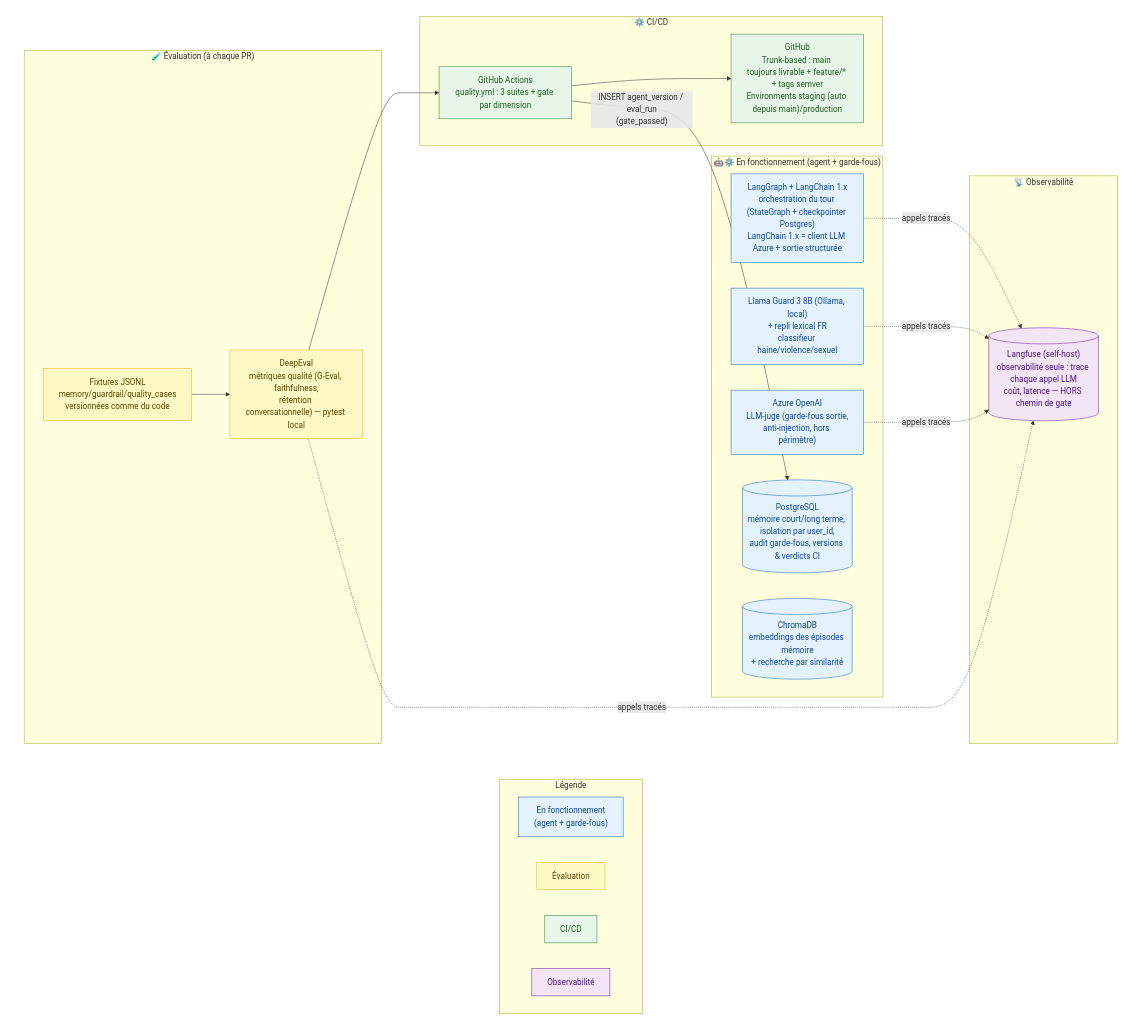
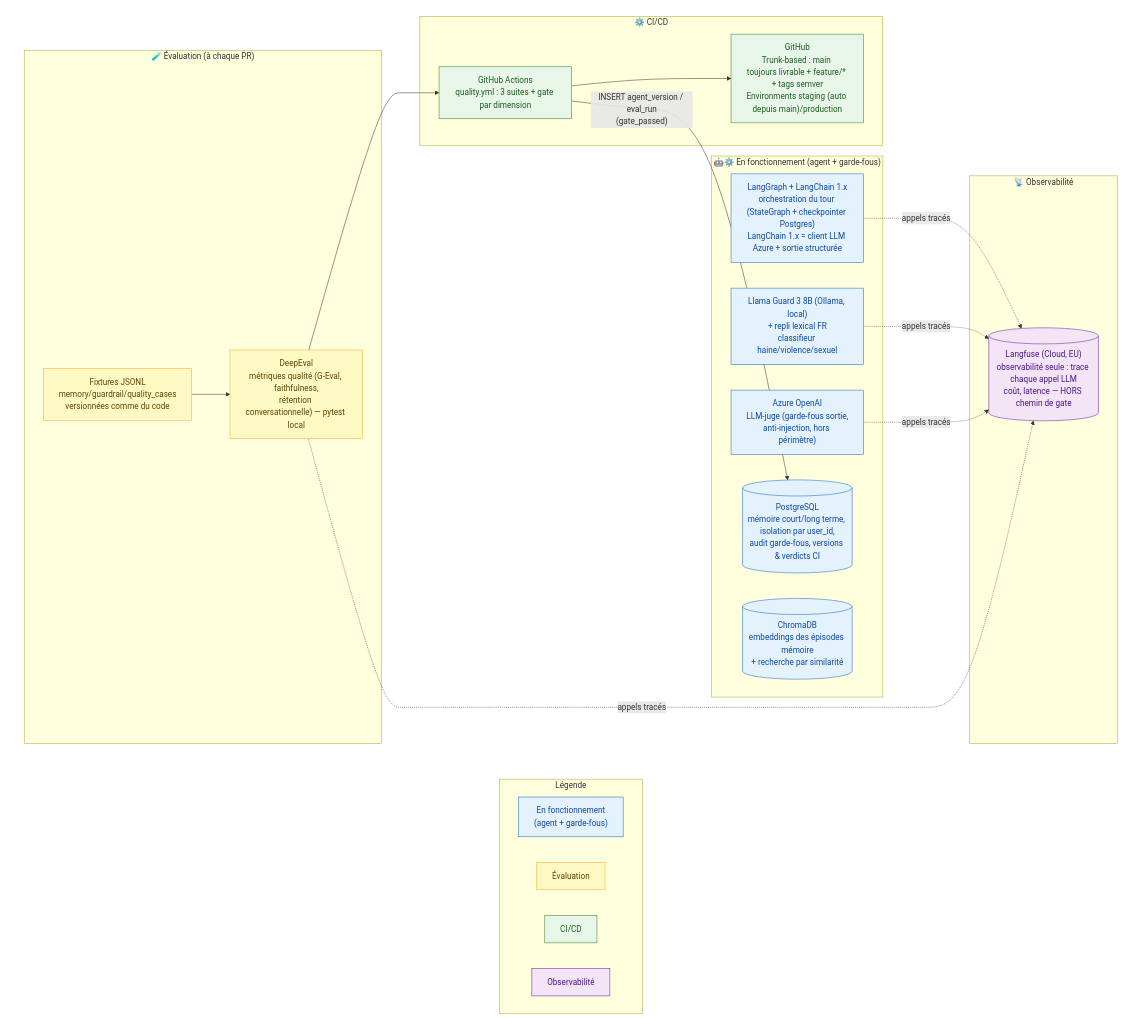
Before and after one commit to sofiane-git/velmo-v2: the diagram in docs/job/schemas/04-outils.md, drawn with Mermaid. The commit also changed other lines of this file and 1 other file, not shown here.

Commit message:
docs(chantier2): update guardrails conception and tools schema

````diff
--- a/docs/job/schemas/04-outils.md
+++ b/docs/job/schemas/04-outils.md
@@ -7,56 +7,56 @@
 ```mermaid
 flowchart TB
     subgraph MAIN[" "]
         subgraph AGENT["🤖⚙️ En fonctionnement (agent + garde-fous)"]
             LC["LangGraph + LangChain 1.x<br/>orchestration du tour (StateGraph + checkpointer Postgres)<br/>LangChain 1.x = client LLM Azure + sortie structurée"]
             PG[("PostgreSQL<br/>mémoire court/long terme, isolation par user_id,<br/>audit garde-fous, versions & verdicts CI")]
             CH[("ChromaDB<br/>embeddings des épisodes mémoire<br/>+ recherche par similarité")]
             LGM["Llama Guard 3 8B (Ollama, local)<br/>+ repli lexical FR<br/>classifieur haine/violence/sexuel"]
             AZ["Azure OpenAI<br/>LLM-juge (garde-fous sortie,<br/>anti-injection, hors périmètre)"]
         end
 
         subgraph EVAL["🧪 Évaluation (à chaque PR)"]
             JSONL["Fixtures JSONL<br/>memory/guardrail/quality_cases<br/>versionnées comme du code"]
             DE["DeepEval<br/>métriques qualité (G-Eval, faithfulness,<br/>rétention conversationnelle) — pytest local"]
         end
 
         subgraph CI["⚙️ CI/CD"]
             GHA["GitHub Actions<br/>quality.yml : 3 suites + gate par dimension"]
             GH["GitHub<br/>Trunk-based : main toujours livrable + feature/* + tags semver<br/>Environments staging (auto depuis main)/production"]
         end
 
         subgraph OBS["📡 Observabilité"]
-            LF[("Langfuse (self-host)<br/>observabilité seule : trace chaque appel LLM<br/>coût, latence — HORS chemin de gate")]
+            LF[("Langfuse (Cloud, EU)<br/>observabilité seule : trace chaque appel LLM<br/>coût, latence — HORS chemin de gate")]
         end
 
         JSONL --> DE --> GHA
         GHA --> GH
         LC -.->|"appels tracés"| LF
         LGM -.->|"appels tracés"| LF
         AZ -.->|"appels tracés"| LF
         DE -.->|"appels tracés"| LF
         GHA -->|"INSERT agent_version / eval_run<br/>(gate_passed)"| PG
     end
 
     MAIN --- LG1
 
     subgraph LEGEND["Légende"]
         direction LR
         LG1["En fonctionnement<br/>(agent + garde-fous)"]
         LG2["Évaluation"]
         LG3["CI/CD"]
         LG4["Observabilité"]
     end
 
     classDef agent fill:#e3f2fd,stroke:#1565c0,color:#0d47a1;
     classDef eval fill:#fff9c4,stroke:#f9a825,color:#5c4400;
     classDef ci fill:#e8f5e9,stroke:#2e7d32,color:#1b5e20;
     classDef obs fill:#f3e5f5,stroke:#6a1b9a,color:#4a148c;
     class LC,PG,CH,LGM,AZ,LG1 agent;
     class JSONL,DE,LG2 eval;
     class GHA,GH,LG3 ci;
     class LF,LG4 obs;
     style MAIN fill:none,stroke:none;
     %% connecteur invisible (force la légende en bas) — index = ordre des flèches, recalculer si le flux change
     linkStyle 8 stroke:none;
 ```
````
